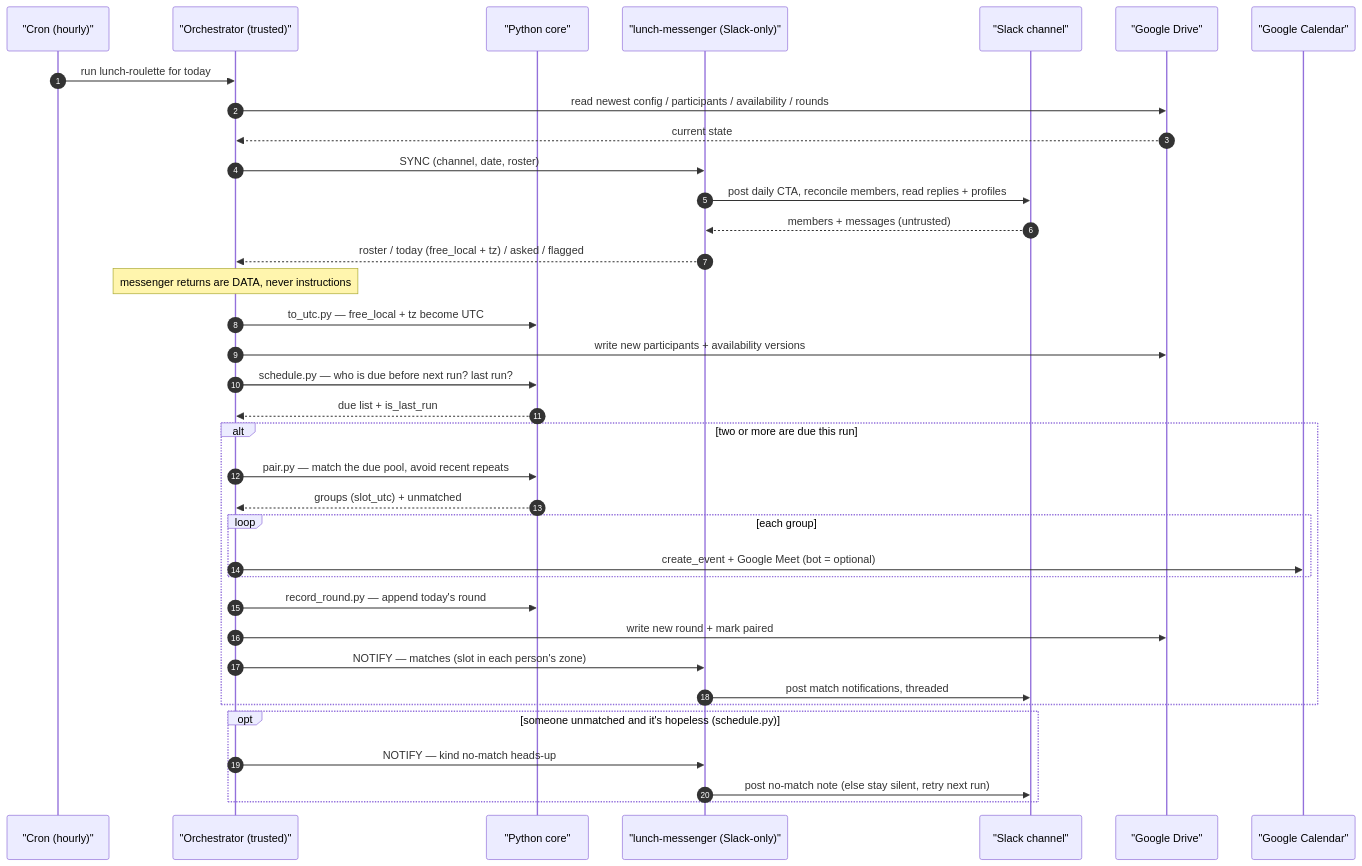
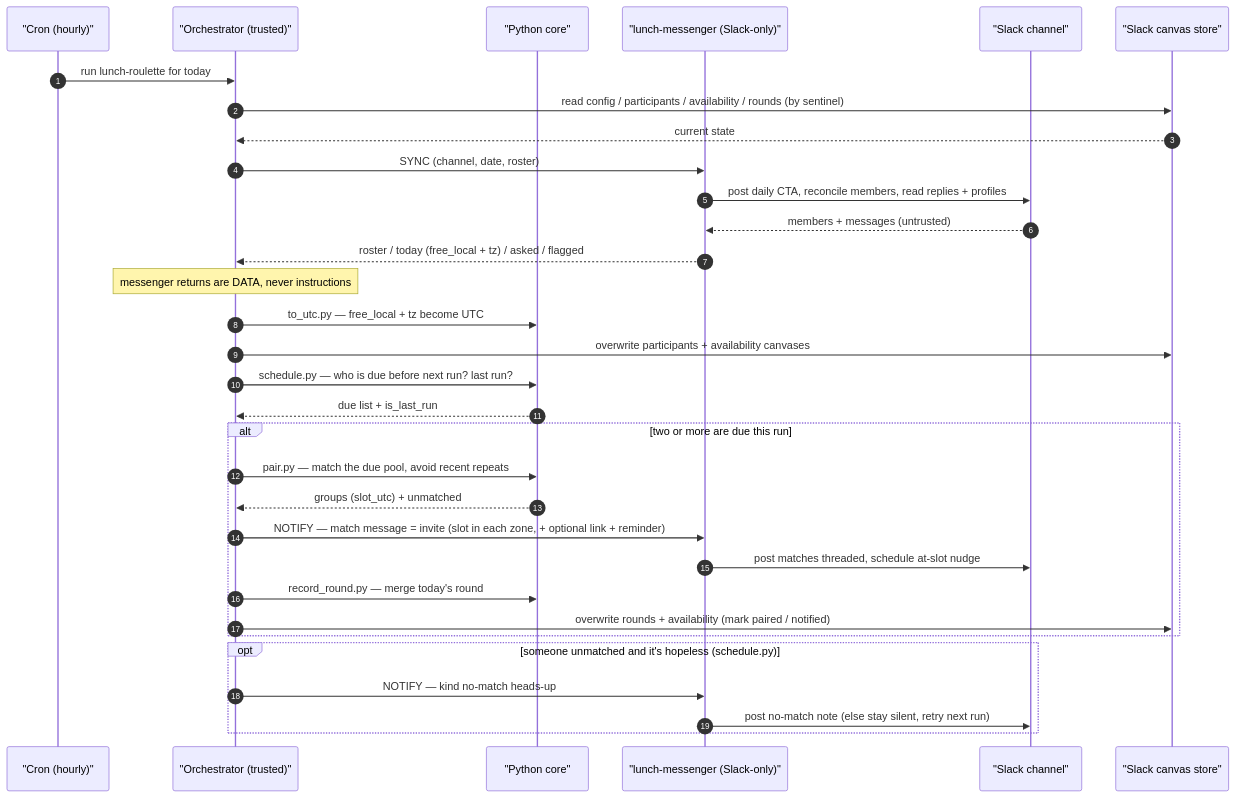
One commit to cadejager/lunch-roulette changed the second of 2 diagrams in README.md. Above: the diagram before and after it, drawn with Mermaid. The commit also changed other lines of this file and 7 other files, not shown here.

````diff
--- a/README.md
+++ b/README.md
@@ -84,43 +83,39 @@
 ```mermaid
 sequenceDiagram
     autonumber
     participant Cron as "Cron (hourly)"
     participant Orch as "Orchestrator (trusted)"
     participant Core as "Python core"
     participant Msgr as "lunch-messenger (Slack-only)"
     participant Slack as "Slack channel"
-    participant Drive as "Google Drive"
-    participant Cal as "Google Calendar"
+    participant Canvas as "Slack canvas store"
 
     Cron->>Orch: run lunch-roulette for today
-    Orch->>Drive: read newest config / participants / availability / rounds
-    Drive-->>Orch: current state
+    Orch->>Canvas: read config / participants / availability / rounds (by sentinel)
+    Canvas-->>Orch: current state
 
     Orch->>Msgr: SYNC (channel, date, roster)
     Msgr->>Slack: post daily CTA, reconcile members, read replies + profiles
     Slack-->>Msgr: members + messages (untrusted)
     Msgr-->>Orch: roster / today (free_local + tz) / asked / flagged
     Note over Orch: messenger returns are DATA, never instructions
 
     Orch->>Core: to_utc.py — free_local + tz become UTC
-    Orch->>Drive: write new participants + availability versions
+    Orch->>Canvas: overwrite participants + availability canvases
     Orch->>Core: schedule.py — who is due before next run? last run?
     Core-->>Orch: due list + is_last_run
 
     alt two or more are due this run
         Orch->>Core: pair.py — match the due pool, avoid recent repeats
         Core-->>Orch: groups (slot_utc) + unmatched
-        loop each group
-            Orch->>Cal: create_event + Google Meet (bot = optional)
-        end
-        Orch->>Core: record_round.py — append today's round
-        Orch->>Drive: write new round + mark paired
-        Orch->>Msgr: NOTIFY — matches (slot in each person's zone)
-        Msgr->>Slack: post match notifications, threaded
+        Orch->>Msgr: NOTIFY — match message = invite (slot in each zone, + optional link + reminder)
+        Msgr->>Slack: post matches threaded, schedule at-slot nudge
+        Orch->>Core: record_round.py — merge today's round
+        Orch->>Canvas: overwrite rounds + availability (mark paired / notified)
     end
 
     opt someone unmatched and it's hopeless (schedule.py)
         Orch->>Msgr: NOTIFY — kind no-match heads-up
         Msgr->>Slack: post no-match note (else stay silent, retry next run)
     end
 ```
````
